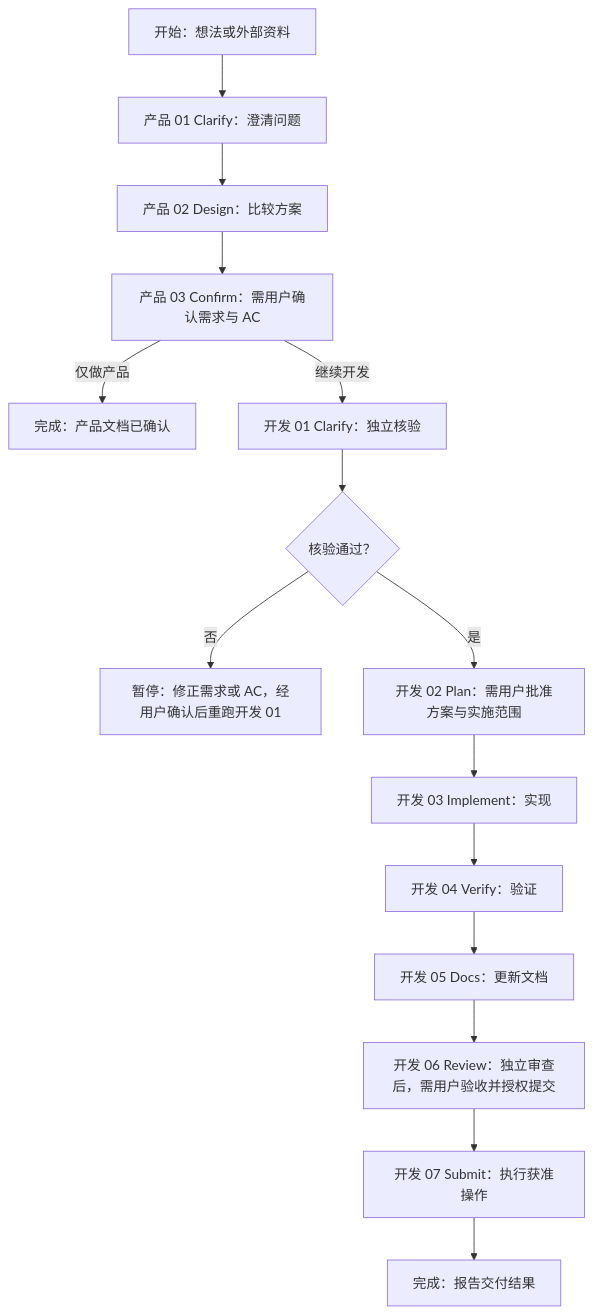
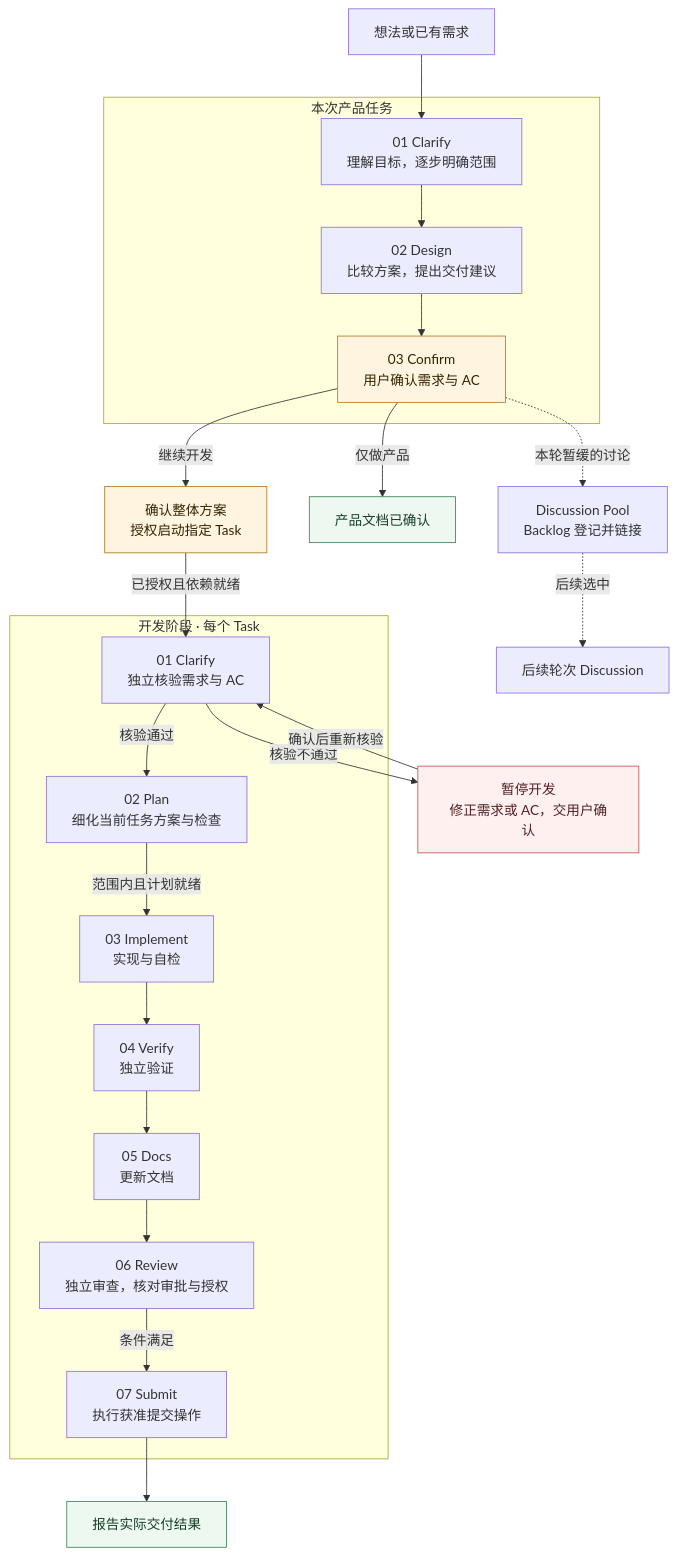
One commit to BenYang9527/skills-develop changed the diagram in skills/engineering/td-harness-build/assets/agents.md. Above: the diagram before and after it, drawn with Mermaid. The commit also changed other lines of this file and 65 other files, not shown here.

````diff
--- a/skills/engineering/td-harness-build/assets/agents.md
+++ b/skills/engineering/td-harness-build/assets/agents.md
@@ -42,17 +41,43 @@
 ```mermaid
-flowchart TD
-    START[开始：想法或外部资料] --> P1[产品 01 Clarify：澄清问题]
-    P1 --> P2[产品 02 Design：比较方案]
-    P2 --> P3[产品 03 Confirm：需用户确认需求与 AC]
-    P3 -->|仅做产品| PRODUCT_END[完成：产品文档已确认]
-    P3 -->|继续开发| D1[开发 01 Clarify：独立核验]
-    D1 --> G{核验通过？}
-    G -->|否| BLOCK[暂停：修正需求或 AC，经用户确认后重跑开发 01]
-    G -->|是| D2[开发 02 Plan：需用户批准方案与实施范围]
-    D2 --> D3[开发 03 Implement：实现]
-    D3 --> D4[开发 04 Verify：验证]
-    D4 --> D5[开发 05 Docs：更新文档]
-    D5 --> D6[开发 06 Review：独立审查后，需用户验收并授权提交]
-    D6 --> D7[开发 07 Submit：执行获准操作]
-    D7 --> DONE[完成：报告交付结果]
+flowchart TB
+    START["想法或已有需求"] --> P1
+
+    subgraph PRODUCT[本次产品任务]
+        P1["01 Clarify<br/>理解目标，逐步明确范围"]
+        P2["02 Design<br/>比较方案，提出交付建议"]
+        P3["03 Confirm<br/>用户确认需求与 AC"]
+        P1 --> P2 --> P3
+    end
+
+    P3 -.->|本轮暂缓的讨论| POOL["Discussion Pool<br/>Backlog 登记并链接"]
+    POOL -.->|后续选中| NEXT["后续轮次 Discussion"]
+
+    P3 -->|仅做产品| PRODUCT_DONE["产品文档已确认"]
+    P3 -->|继续开发| READY["确认整体方案<br/>授权启动指定 Task"]
+    READY -->|已授权且依赖就绪| D1
+
+    subgraph DEVELOPMENT[开发阶段 · 每个 Task]
+        D1["01 Clarify<br/>独立核验需求与 AC"]
+        D2["02 Plan<br/>细化当前任务方案与检查"]
+        D3["03 Implement<br/>实现与自检"]
+        D4["04 Verify<br/>独立验证"]
+        D5["05 Docs<br/>更新文档"]
+        D6["06 Review<br/>独立审查，核对审批与授权"]
+        D7["07 Submit<br/>执行获准提交操作"]
+        D1 -->|核验通过| D2
+        D2 -->|范围内且计划就绪| D3
+        D3 --> D4 --> D5 --> D6
+        D6 -->|条件满足| D7
+    end
+
+    D1 -->|核验不通过| FIX["暂停开发<br/>修正需求或 AC，交用户确认"]
+    FIX -->|确认后重新核验| D1
+    D7 --> DONE["报告实际交付结果"]
+
+    classDef confirm fill:#fff4df,stroke:#b7791f,color:#332400;
+    classDef stop fill:#fff0f0,stroke:#c05656,color:#512020;
+    classDef result fill:#edf8f1,stroke:#42845a,color:#183f25;
+    class P3,READY confirm;
+    class FIX stop;
+    class PRODUCT_DONE,DONE result;
 ```
````
